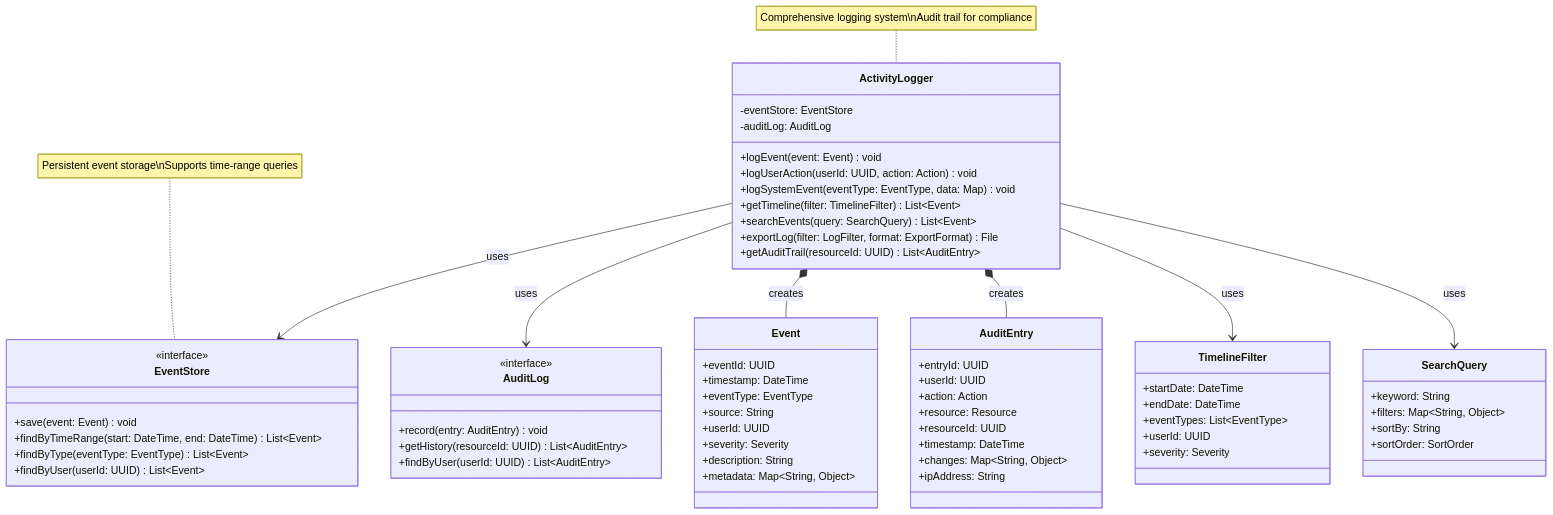
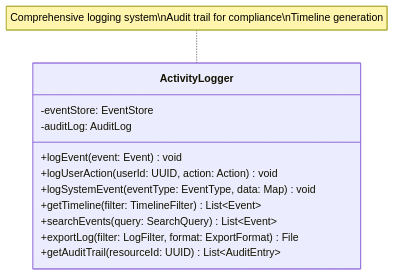
Before and after one commit to mj010101/swe_25f: diagram 16 of 18 in diagrams/business_class_diagram.md, drawn with Mermaid. The commit also changed other lines of this file, not shown here.

Commit message:
fix: business class diagram

````diff
--- a/diagrams/business_class_diagram.md
+++ b/diagrams/business_class_diagram.md
@@ -1134,78 +511,18 @@
 ```mermaid
 classDiagram
     direction TB
 
     class ActivityLogger {
         -eventStore: EventStore
         -auditLog: AuditLog
         +logEvent(event: Event) void
         +logUserAction(userId: UUID, action: Action) void
         +logSystemEvent(eventType: EventType, data: Map) void
         +getTimeline(filter: TimelineFilter) List~Event~
         +searchEvents(query: SearchQuery) List~Event~
         +exportLog(filter: LogFilter, format: ExportFormat) File
         +getAuditTrail(resourceId: UUID) List~AuditEntry~
     }
 
-    class Event {
-        +eventId: UUID
-        +timestamp: DateTime
-        +eventType: EventType
-        +source: String
-        +userId: UUID
-        +severity: Severity
-        +description: String
-        +metadata: Map~String, Object~
-    }
-
-    class AuditEntry {
-        +entryId: UUID
-        +userId: UUID
-        +action: Action
-        +resource: Resource
-        +resourceId: UUID
-        +timestamp: DateTime
-        +changes: Map~String, Object~
-        +ipAddress: String
-    }
-
-    class EventStore {
-        <<interface>>
-        +save(event: Event) void
-        +findByTimeRange(start: DateTime, end: DateTime) List~Event~
-        +findByType(eventType: EventType) List~Event~
-        +findByUser(userId: UUID) List~Event~
-    }
-
-    class AuditLog {
-        <<interface>>
-        +record(entry: AuditEntry) void
-        +getHistory(resourceId: UUID) List~AuditEntry~
-        +findByUser(userId: UUID) List~AuditEntry~
-    }
-
-    class TimelineFilter {
-        +startDate: DateTime
-        +endDate: DateTime
-        +eventTypes: List~EventType~
-        +userId: UUID
-        +severity: Severity
-    }
-
-    class SearchQuery {
-        +keyword: String
-        +filters: Map~String, Object~
-        +sortBy: String
-        +sortOrder: SortOrder
-    }
-
-    ActivityLogger --> EventStore : uses
-    ActivityLogger --> AuditLog : uses
-    ActivityLogger *-- Event : creates
-    ActivityLogger *-- AuditEntry : creates
-    ActivityLogger --> TimelineFilter : uses
-    ActivityLogger --> SearchQuery : uses
-
-    note for ActivityLogger "Comprehensive logging system\nAudit trail for compliance"
-    note for EventStore "Persistent event storage\nSupports time-range queries"
+    note for ActivityLogger "Comprehensive logging system\nAudit trail for compliance\nTimeline generation"
 ```
````
